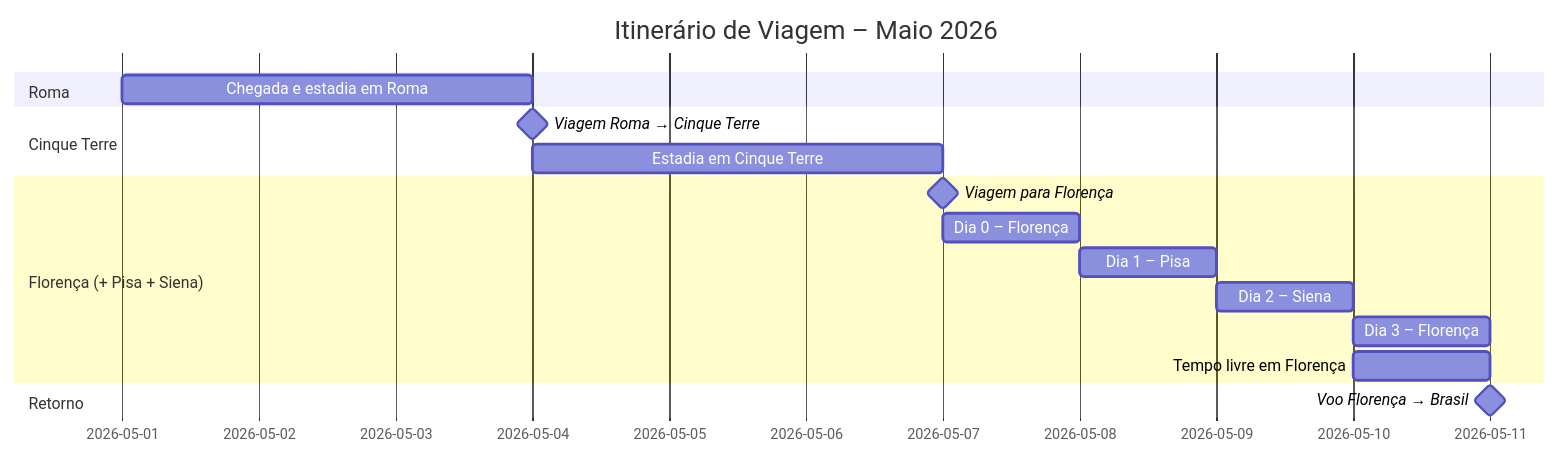
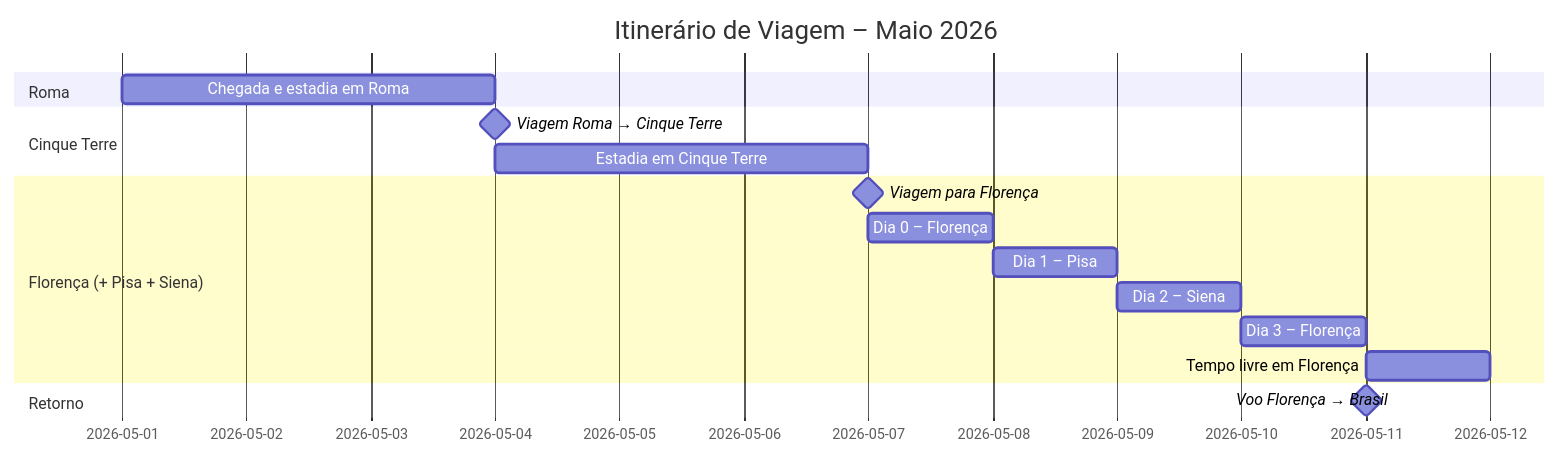
One commit to paulovcastagnari/planejamento-viagem-2026 changed the first of 2 diagrams in README.md. Above: the diagram before and after it, drawn with Mermaid.

````diff
--- a/README.md
+++ b/README.md
@@ -21,23 +21,23 @@
 ```mermaid
 gantt
     dateFormat  YYYY-MM-DD
     title Itinerário de Viagem – Maio 2026
 
     section Roma
     Chegada e estadia em Roma     :2026-05-01, 3d
 
     section Cinque Terre
     Viagem Roma → Cinque Terre   :milestone, ct_arrive, 2026-05-04, 0d
     Estadia em Cinque Terre      :2026-05-04, 2.5d
 
     section Florença (+ Pisa + Siena)
     Viagem para Florença         :milestone, fl_arrive, 2026-05-07, 0d
     Dia 0 – Florença             :2026-05-07, 1d
     Dia 1 – Pisa                 :2026-05-08, 1d
     Dia 2 – Siena                :2026-05-09, 1d
     Dia 3 – Florença             :2026-05-10, 1d
-    Tempo livre em Florença      :2026-05-10, 1d
+    Tempo livre em Florença      :2026-05-11, 0.5d
 
     section Retorno
     Voo Florença → Brasil        :milestone, return_bra, 2026-05-11, 0d
 ```
````
